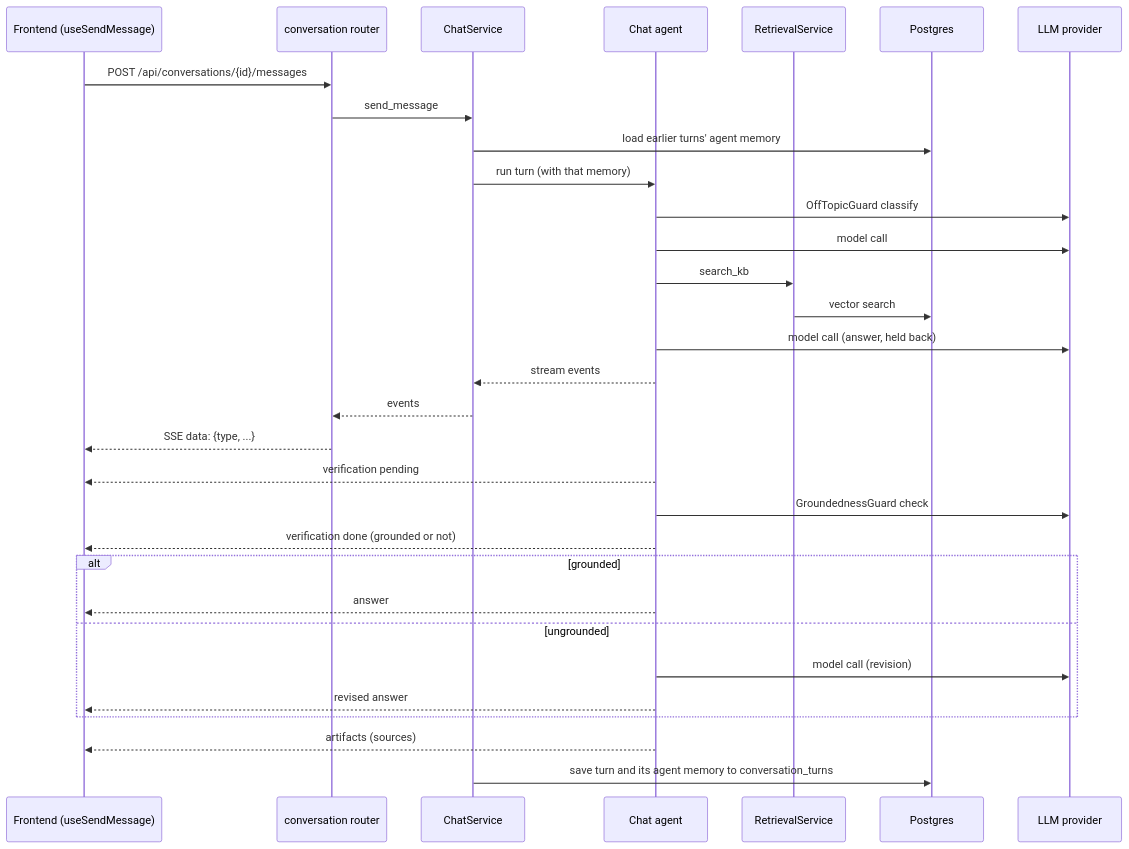
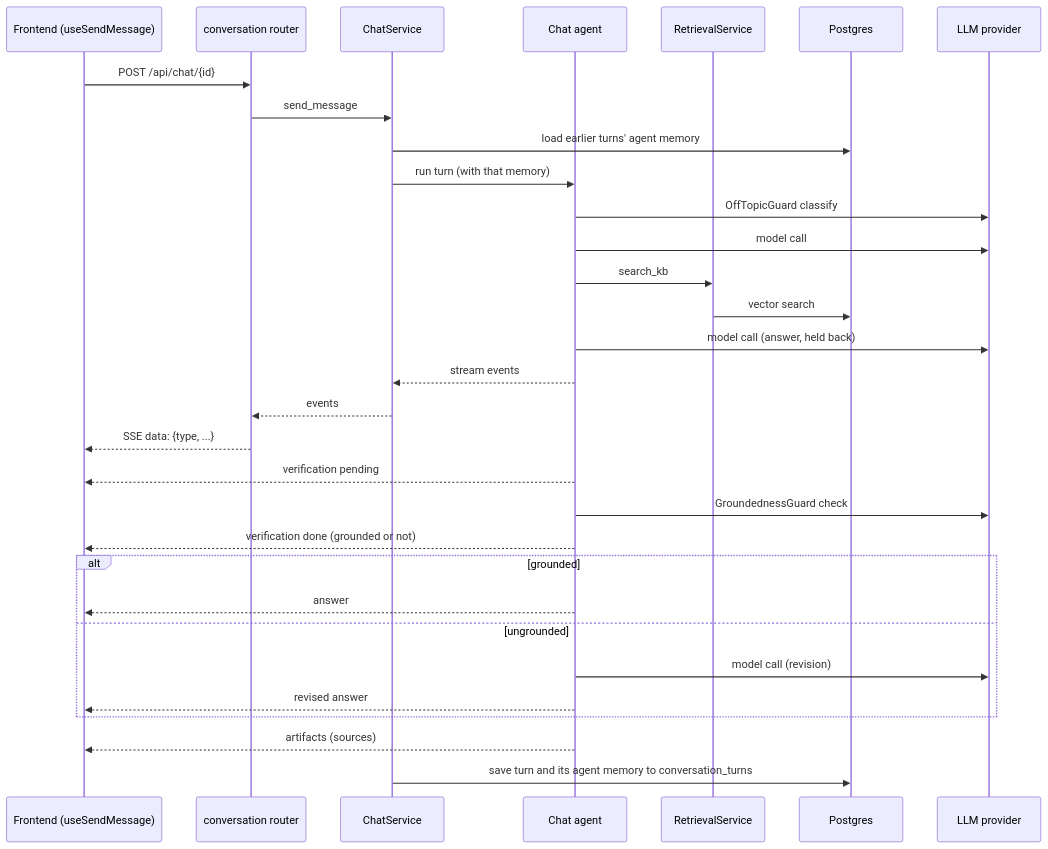
One commit to hadifar/rag changed the diagram in docs/diagrams/chat-turn.md. Above: the diagram before and after it, drawn with Mermaid. The commit also changed 15 other files, not shown here.

Commit message:
refactor(api): move send-message to its own chat router

````diff
--- a/docs/diagrams/chat-turn.md
+++ b/docs/diagrams/chat-turn.md
@@ -3,34 +3,34 @@
 ```mermaid
 sequenceDiagram
     participant UI as Frontend (useSendMessage)
     participant R as conversation router
     participant CS as ChatService
     participant A as Chat agent
     participant KB as RetrievalService
     participant DB as Postgres
     participant LLM as LLM provider
 
-    UI->>R: POST /api/conversations/{id}/messages
+    UI->>R: POST /api/chat/{id}
     R->>CS: send_message
     CS->>DB: load earlier turns' agent memory
     CS->>A: run turn (with that memory)
     A->>LLM: OffTopicGuard classify
     A->>LLM: model call
     A->>KB: search_kb
     KB->>DB: vector search
     A->>LLM: model call (answer, held back)
     A-->>CS: stream events
     CS-->>R: events
     R-->>UI: SSE data: {type, ...}
     A-->>UI: verification pending
     A->>LLM: GroundednessGuard check
     A-->>UI: verification done (grounded or not)
     alt grounded
         A-->>UI: answer
     else ungrounded
         A->>LLM: model call (revision)
         A-->>UI: revised answer
     end
     A-->>UI: artifacts (sources)
     CS->>DB: save turn and its agent memory to conversation_turns
 ```
````
